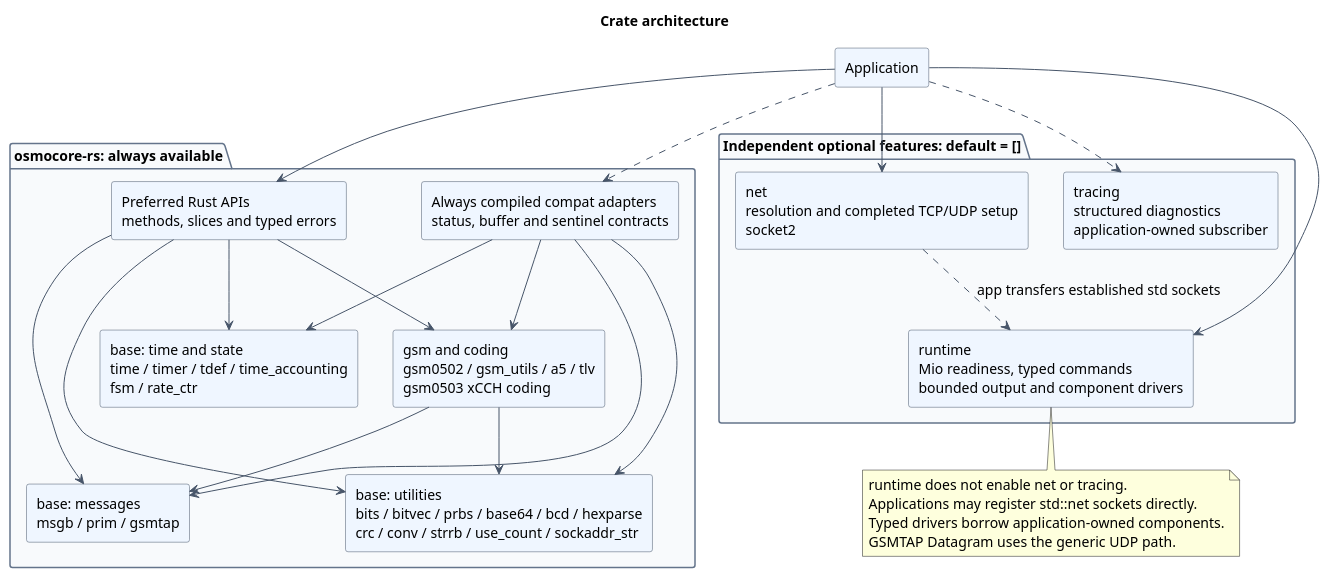
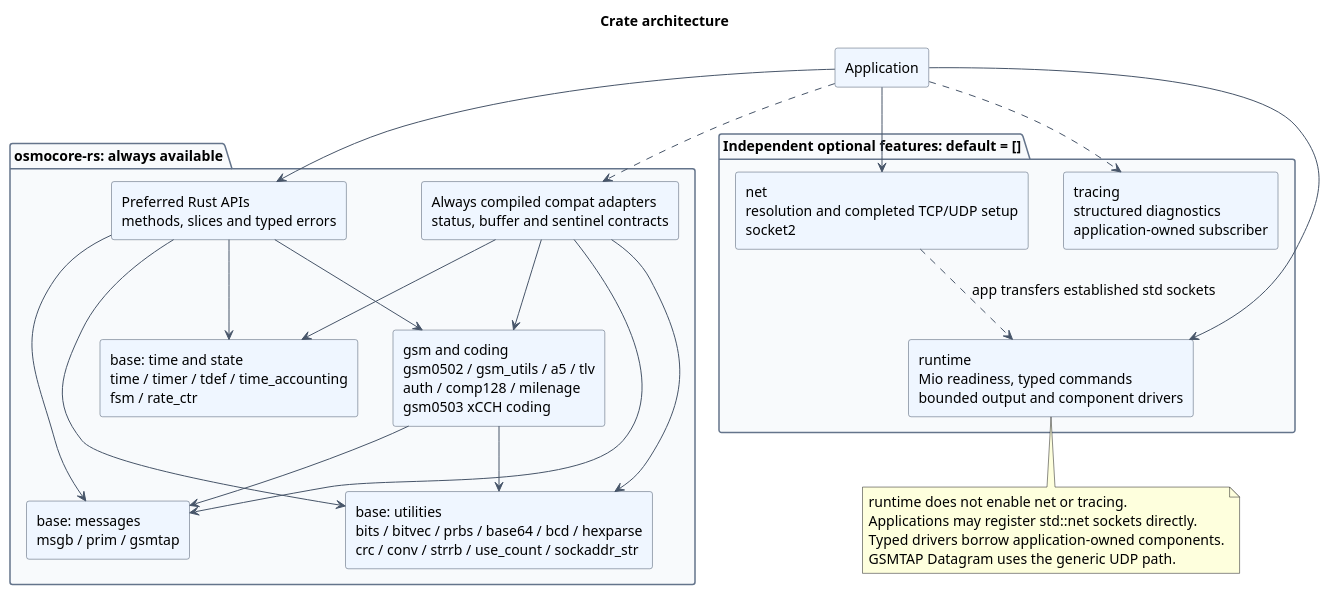
Before and after one commit to Silent-Wolf-Labs/osmocore-rs: the diagram in docs/architecture/diagrams/src/crate-architecture.puml, drawn with PlantUML. The commit also changed 29 other files, not shown here.

Commit message:
feat(gsm): add UMTS authentication with Milenage and XOR-3G

```diff
--- a/docs/architecture/diagrams/src/crate-architecture.puml
+++ b/docs/architecture/diagrams/src/crate-architecture.puml
@@ -1,50 +1,50 @@
 @startuml
 title Crate architecture
 skinparam backgroundColor white
 skinparam shadowing false
 skinparam componentStyle rectangle
 skinparam defaultFontName SansSerif
 skinparam defaultFontSize 14
 skinparam ArrowColor #475569
 skinparam componentBackgroundColor #EFF6FF
 skinparam componentBorderColor #475569
 skinparam packageBackgroundColor #F8FAFC
 skinparam packageBorderColor #64748B
 top to bottom direction
 component "Application" as app
 package "osmocore-rs: always available" {
 component "Preferred Rust APIs\nmethods, slices and typed errors" as preferred
 component "Always compiled compat adapters\nstatus, buffer and sentinel contracts" as compat
 component "base: utilities\nbits / bitvec / prbs / base64 / bcd / hexparse\ncrc / conv / strrb / use_count / sockaddr_str" as utilities
 component "base: messages\nmsgb / prim / gsmtap" as messages
 component "base: time and state\ntime / timer / tdef / time_accounting\nfsm / rate_ctr" as components
-component "gsm and coding\ngsm0502 / gsm_utils / a5 / tlv\ngsm0503 xCCH coding" as gsm
+component "gsm and coding\ngsm0502 / gsm_utils / a5 / tlv\nauth / comp128 / milenage\ngsm0503 xCCH coding" as gsm
 }
 package "Independent optional features: default = []" {
 component "net\nresolution and completed TCP/UDP setup\nsocket2" as net
 component "runtime\nMio readiness, typed commands\nbounded output and component drivers" as runtime
 component "tracing\nstructured diagnostics\napplication-owned subscriber" as tracing
 }
 app --> preferred
 app ..> compat
 preferred --> utilities
 preferred --> gsm
 preferred --> messages
 preferred --> components
 compat --> utilities
 compat --> gsm
 compat --> messages
 compat --> components
 gsm --> utilities
 gsm --> messages
 app --> net
 app --> runtime
 app ..> tracing
 net ..> runtime : app transfers established std sockets
 note bottom of runtime
 runtime does not enable net or tracing.
 Applications may register std::net sockets directly.
 Typed drivers borrow application-owned components.
 GSMTAP Datagram uses the generic UDP path.
 end note
 @enduml
```
